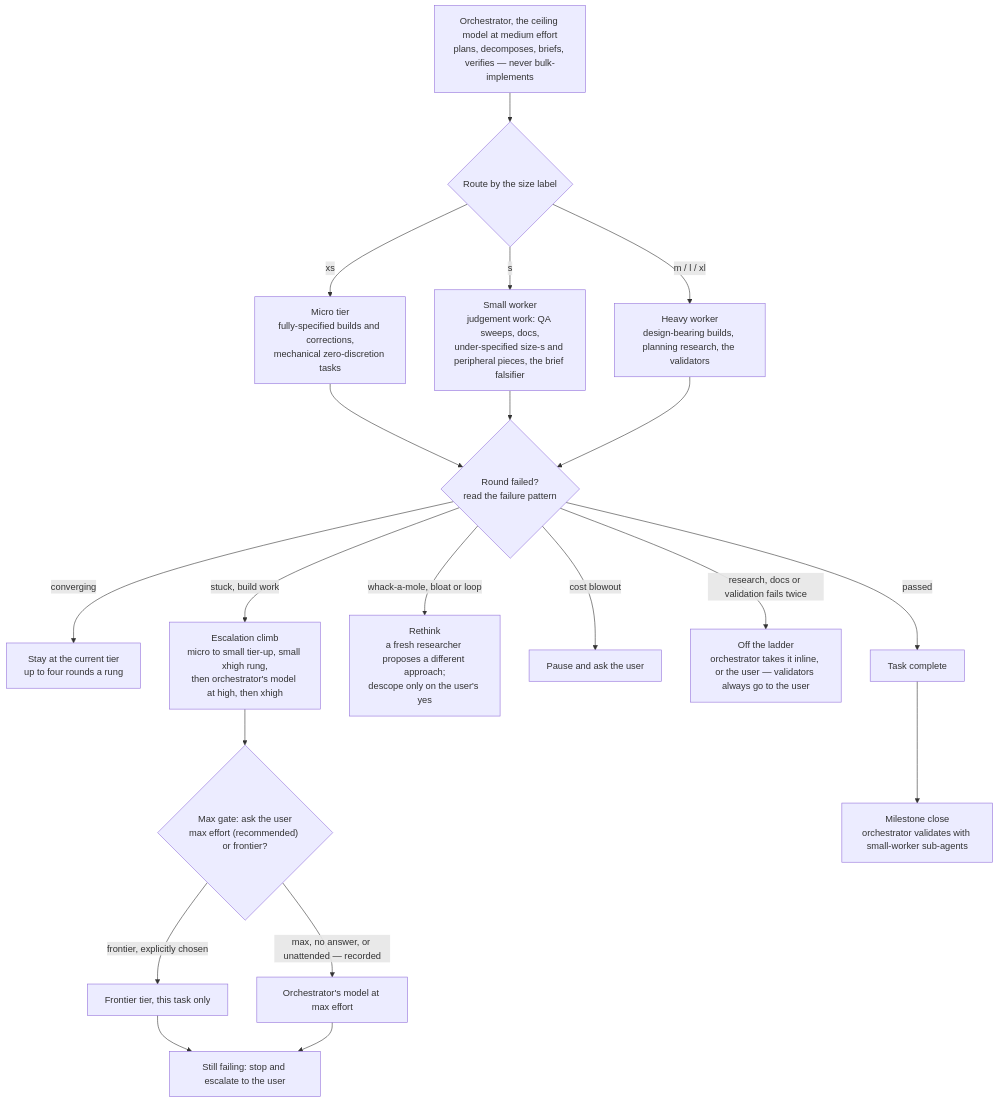
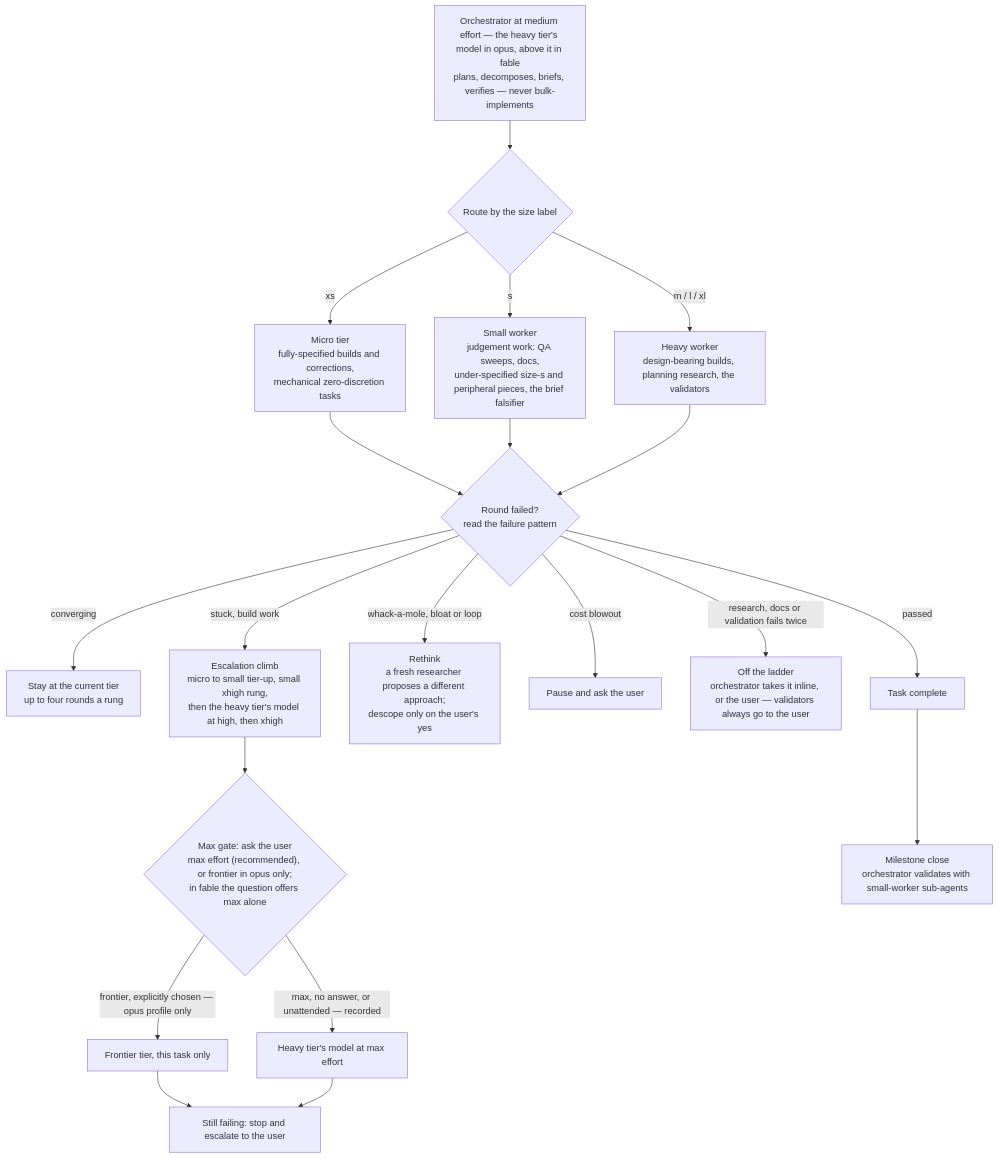
Before and after one commit to Zenosyne-Technologies/agent-operating-kit: the second of 3 diagrams in README.md, drawn with Mermaid. The commit also changed other lines of this file and 7 other files, not shown here.

Commit message:
AOS-269: orchestrator and heavy tier decoupled — ORCHESTRATOR_MODEL, FRONTIER_SWAP_OPTION

````diff
--- a/README.md
+++ b/README.md
@@ -147,22 +147,22 @@
 ```mermaid
 flowchart TD
-    O["Orchestrator, the ceiling model at medium effort<br/>plans, decomposes, briefs, verifies — never bulk-implements"] --> R{"Route by the size label"}
+    O["Orchestrator at medium effort — the heavy tier's model in opus, above it in fable<br/>plans, decomposes, briefs, verifies — never bulk-implements"] --> R{"Route by the size label"}
     R -->|xs| MI["Micro tier<br/>fully-specified builds and corrections,<br/>mechanical zero-discretion tasks"]
     R -->|s| SM["Small worker<br/>judgement work: QA sweeps, docs,<br/>under-specified size-s and peripheral pieces, the brief falsifier"]
     R -->|m / l / xl| HV["Heavy worker<br/>design-bearing builds, planning research, the validators"]
     MI --> X{"Round failed?<br/>read the failure pattern"}
     SM --> X
     HV --> X
     X -->|converging| SR["Stay at the current tier<br/>up to four rounds a rung"]
-    X -->|stuck, build work| EH["Escalation climb<br/>micro to small tier-up, small xhigh rung,<br/>then orchestrator's model at high, then xhigh"]
+    X -->|stuck, build work| EH["Escalation climb<br/>micro to small tier-up, small xhigh rung,<br/>then the heavy tier's model at high, then xhigh"]
     X -->|whack-a-mole, bloat or loop| RT["Rethink<br/>a fresh researcher proposes a different approach;<br/>descope only on the user's yes"]
     X -->|cost blowout| PA["Pause and ask the user"]
     X -->|research, docs or validation fails twice| OL["Off the ladder<br/>orchestrator takes it inline, or the user — validators always go to the user"]
     X -->|passed| DN["Task complete"]
-    EH --> MG{"Max gate: ask the user<br/>max effort (recommended) or frontier?"}
-    MG -->|max, no answer, or unattended — recorded| EM["Orchestrator's model at max effort"]
-    MG -->|frontier, explicitly chosen| EF["Frontier tier, this task only"]
+    EH --> MG{"Max gate: ask the user<br/>max effort (recommended), or frontier in opus only;<br/>in fable the question offers max alone"}
+    MG -->|max, no answer, or unattended — recorded| EM["Heavy tier's model at max effort"]
+    MG -->|frontier, explicitly chosen — opus profile only| EF["Frontier tier, this task only"]
     EF --> ST["Still failing: stop and escalate to the user"]
     EM --> ST
     DN --> MS["Milestone close<br/>orchestrator validates with small-worker sub-agents"]
 ```
````
